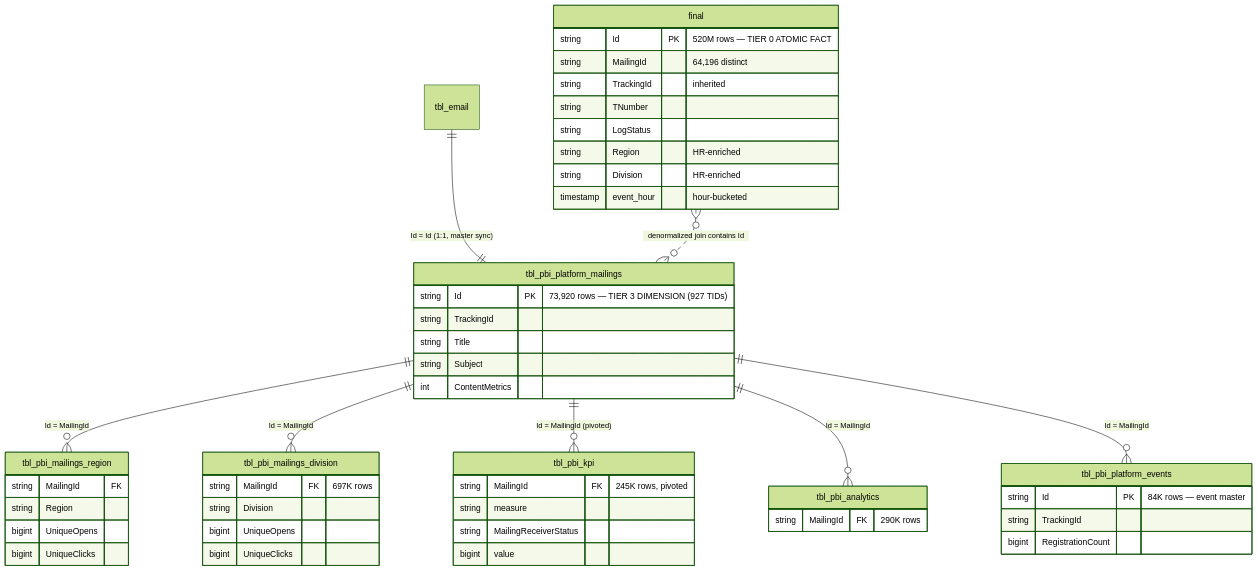
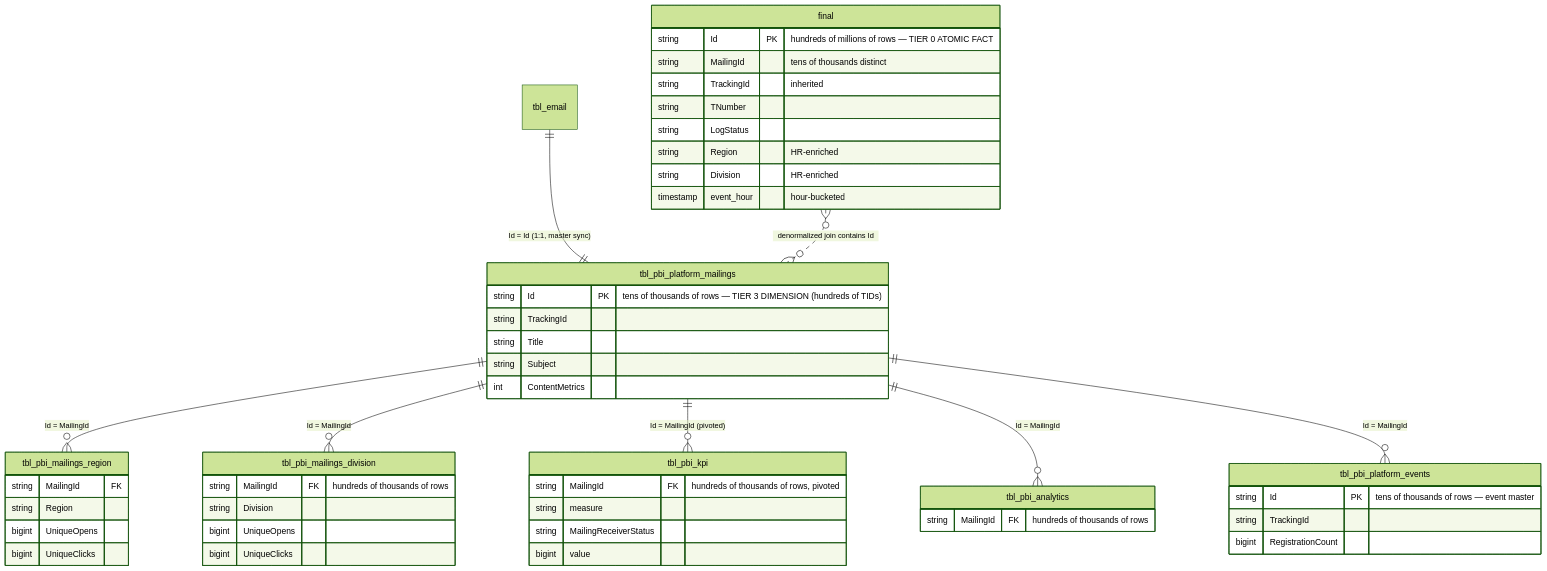
The diagram in docs/diagrams/er_imep_gold.md (dallmi/Databricks), drawn with Mermaid (forest theme) before and after one commit. The commit also changed other lines of this file and 87 other files, not shown here.

````diff
--- a/docs/diagrams/er_imep_gold.md
+++ b/docs/diagrams/er_imep_gold.md
@@ -20,54 +20,54 @@
 ```mermaid
 erDiagram
     tbl_pbi_platform_mailings ||--o{ tbl_pbi_mailings_region   : "Id = MailingId"
     tbl_pbi_platform_mailings ||--o{ tbl_pbi_mailings_division : "Id = MailingId"
     tbl_pbi_platform_mailings ||--o{ tbl_pbi_kpi               : "Id = MailingId (pivoted)"
     tbl_pbi_platform_mailings ||--o{ tbl_pbi_analytics         : "Id = MailingId"
     tbl_pbi_platform_mailings ||--o{ tbl_pbi_platform_events   : "Id = MailingId"
     tbl_email                 ||--|| tbl_pbi_platform_mailings : "Id = Id (1:1, master sync)"
     final                     }o..o{ tbl_pbi_platform_mailings : "denormalized join contains Id"
 
     tbl_pbi_platform_mailings {
-        string Id PK "73,920 rows — TIER 3 DIMENSION (927 TIDs)"
+        string Id PK "tens of thousands of rows — TIER 3 DIMENSION (hundreds of TIDs)"
         string TrackingId
         string Title
         string Subject
         int ContentMetrics
     }
     tbl_pbi_mailings_region {
         string MailingId FK
         string Region
         bigint UniqueOpens
         bigint UniqueClicks
     }
     tbl_pbi_mailings_division {
-        string MailingId FK "697K rows"
+        string MailingId FK "hundreds of thousands of rows"
         string Division
         bigint UniqueOpens
         bigint UniqueClicks
     }
     tbl_pbi_kpi {
-        string MailingId FK "245K rows, pivoted"
+        string MailingId FK "hundreds of thousands of rows, pivoted"
         string measure
         string MailingReceiverStatus
         bigint value
     }
     tbl_pbi_analytics {
-        string MailingId FK "290K rows"
+        string MailingId FK "hundreds of thousands of rows"
     }
     tbl_pbi_platform_events {
-        string Id PK "84K rows — event master"
+        string Id PK "tens of thousands of rows — event master"
         string TrackingId
         bigint RegistrationCount
     }
     final {
-        string Id PK "520M rows — TIER 0 ATOMIC FACT"
-        string MailingId "64,196 distinct"
+        string Id PK "hundreds of millions of rows — TIER 0 ATOMIC FACT"
+        string MailingId "tens of thousands distinct"
         string TrackingId "inherited"
         string TNumber
         string LogStatus
         string Region "HR-enriched"
         string Division "HR-enriched"
         timestamp event_hour "hour-bucketed"
     }
 ```
````
